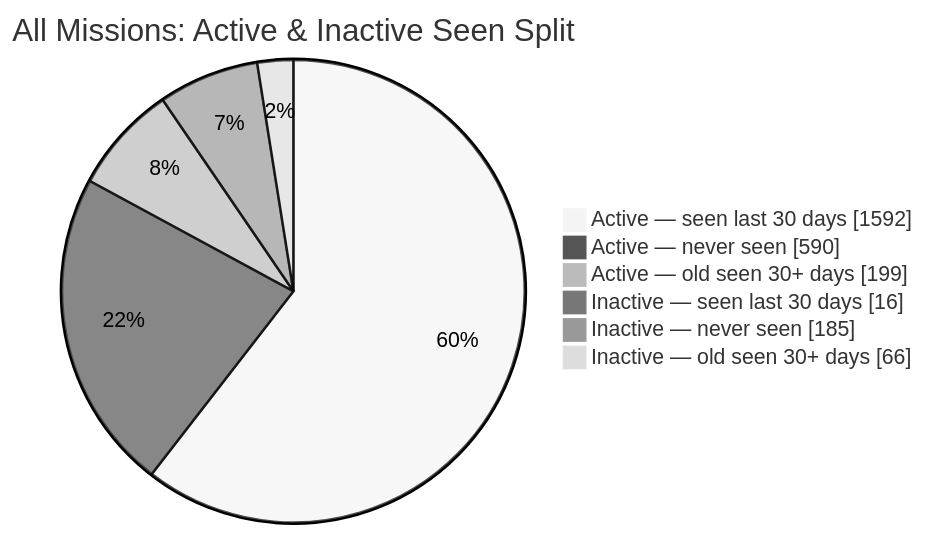
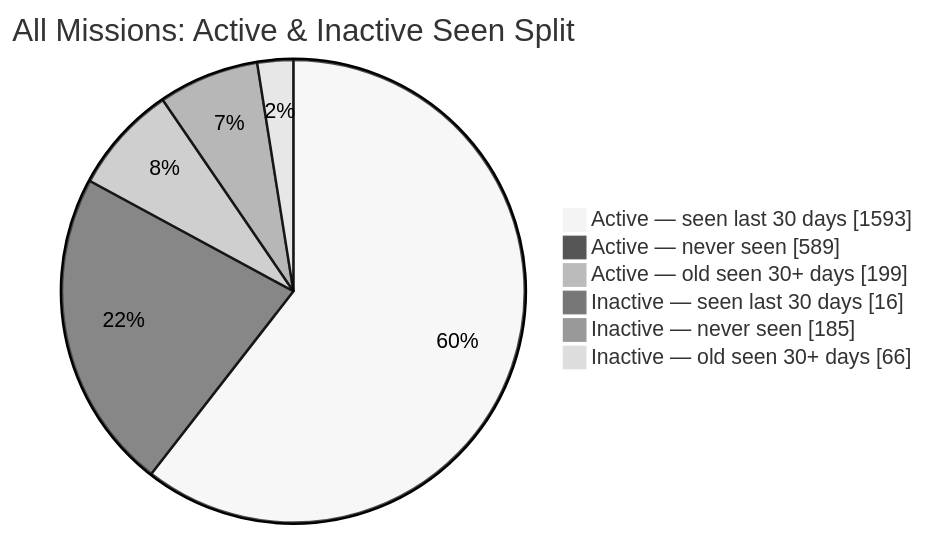
Before and after one commit to MeldkamerspelGameTeam/active-missions: the second of 2 diagrams in README.md, drawn with Mermaid (neutral theme). The commit also changed other lines of this file and 3 other files, not shown here.

````diff
--- a/README.md
+++ b/README.md
@@ -44,10 +44,10 @@
 ```mermaid
 pie showData
     title All Missions: Active & Inactive Seen Split
-    "Active — seen last 30 days" : 1592
-    "Active — never seen" : 590
+    "Active — seen last 30 days" : 1593
+    "Active — never seen" : 589
     "Active — old seen 30+ days" : 199
     "Inactive — seen last 30 days" : 16
     "Inactive — never seen" : 185
     "Inactive — old seen 30+ days" : 66
 ```
````
